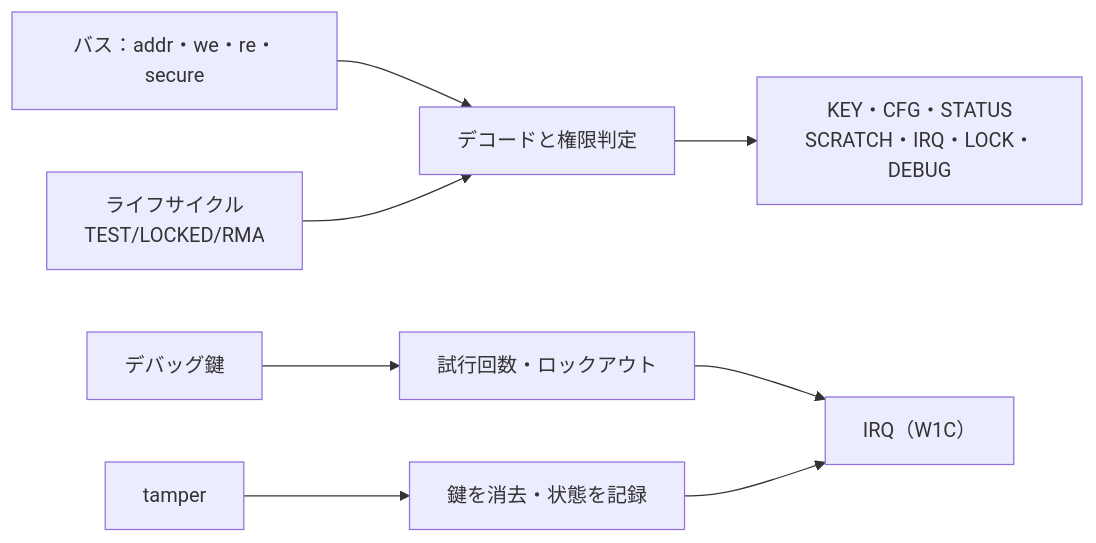
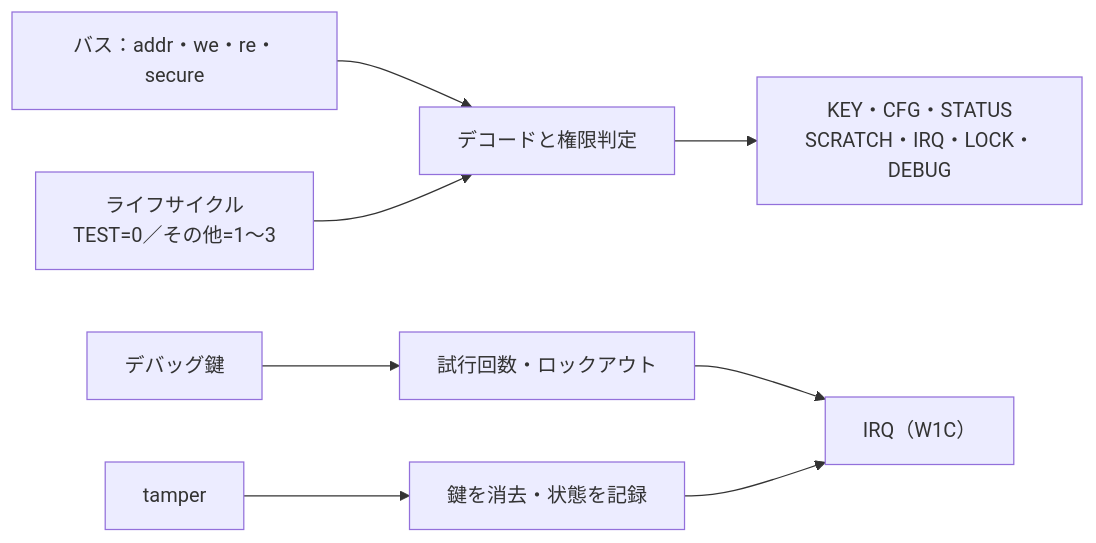
One commit to kurochan001/lsi-verification-method changed the first of 2 diagrams in examples/local-secure-lifecycle/README.md. Above: the diagram before and after it, drawn with Mermaid. The commit also changed other lines of this file and 31 other files, not shown here.

Commit message:
fix: review six gap examples and add verification diagrams

````diff
--- a/examples/local-secure-lifecycle/README.md
+++ b/examples/local-secure-lifecycle/README.md
@@ -7,12 +7,12 @@
 ```mermaid
 flowchart LR
   accTitle: セキュリティ・ライフサイクルの判定
   accDescr: バス属性とライフサイクルで読み書きを許可し、失敗試行とタンパーで状態を更新する。
   B["バス：addr・we・re・secure"] --> P["デコードと権限判定"]
-  L["ライフサイクル<br/>TEST/LOCKED/RMA"] --> P
+  L["ライフサイクル<br/>TEST=0／その他=1〜3"] --> P
   P --> R["KEY・CFG・STATUS<br/>SCRATCH・IRQ・LOCK・DEBUG"]
   D["デバッグ鍵"] --> A["試行回数・ロックアウト"]
   T["tamper"] --> Z["鍵を消去・状態を記録"]
   A --> I["IRQ（W1C）"]
   Z --> I
 ```
````
